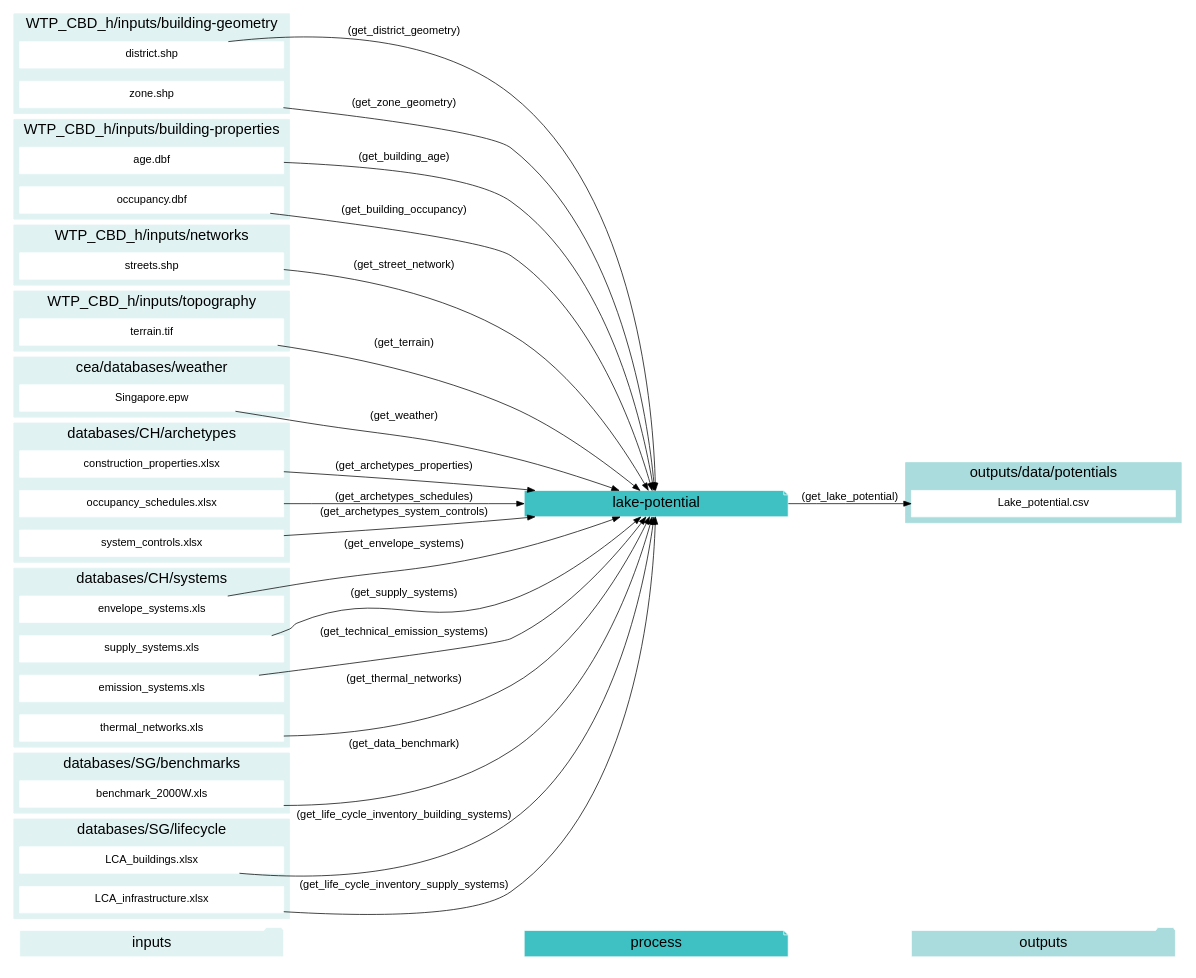
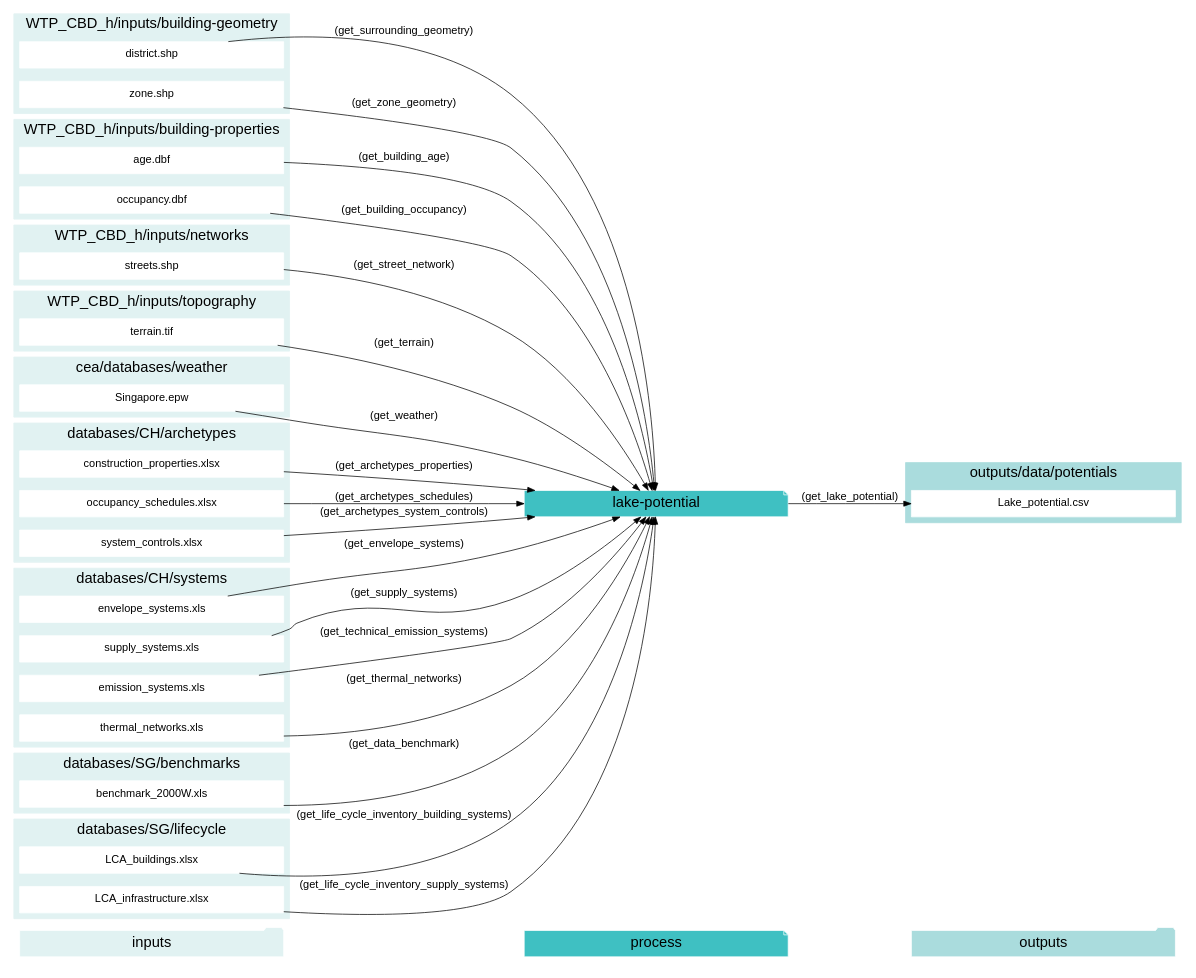
The sixth of 12 diagrams in docs/script-data-flow.rst (architecture-building-systems/CityEnergyAnalyst), drawn with Graphviz before and after one commit. The commit also changed other lines of this file and 9 other files, not shown here.

```diff
--- a/docs/script-data-flow.rst
+++ b/docs/script-data-flow.rst
@@ -822,7 +822,7 @@
     "age.dbf" -> "lake-potential"[label="(get_building_age)"]
     "occupancy.dbf" -> "lake-potential"[label="(get_building_occupancy)"]
     "benchmark_2000W.xls" -> "lake-potential"[label="(get_data_benchmark)"]
-    "district.shp" -> "lake-potential"[label="(get_district_geometry)"]
+    "district.shp" -> "lake-potential"[label="(get_surrounding_geometry)"]
     "envelope_systems.xls" -> "lake-potential"[label="(get_envelope_systems)"]
     "LCA_buildings.xlsx" -> "lake-potential"[label="(get_life_cycle_inventory_building_systems)"]
     "LCA_infrastructure.xlsx" -> "lake-potential"[label="(get_life_cycle_inventory_supply_systems)"]
```
